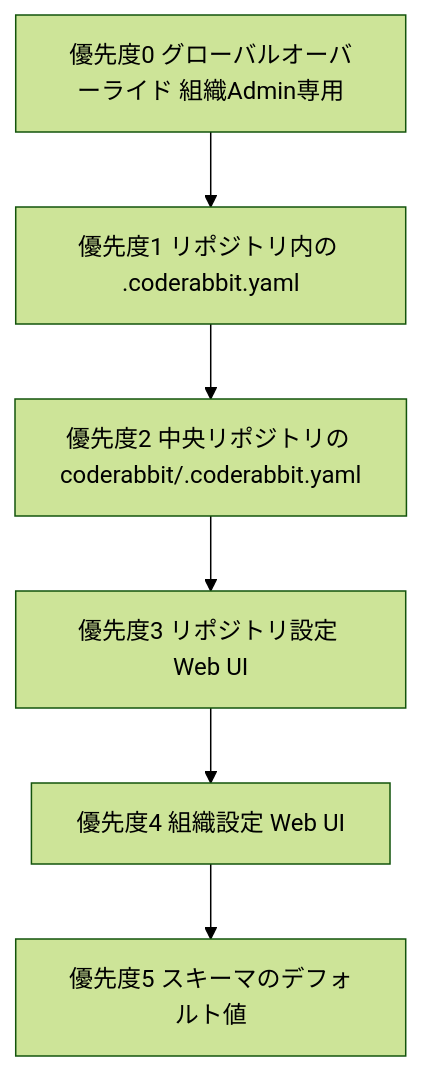
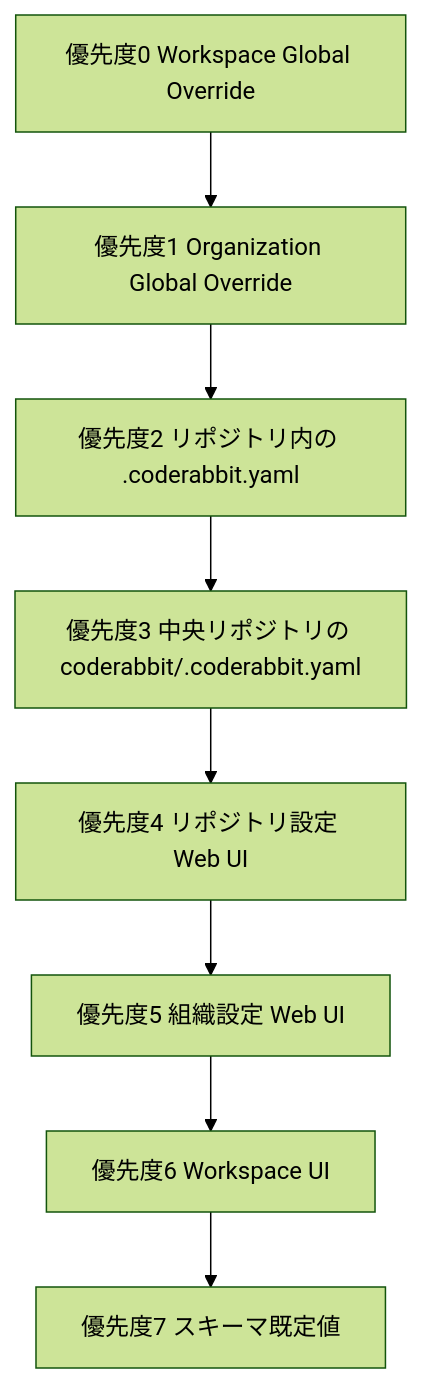
Before and after one commit to myoshi2891/Comparison-of-LLMs: the second of 10 diagrams in archive/md/code-review/Coderabbit-best-practices.md, drawn with Mermaid (forest theme). The commit also changed other lines of this file, not shown here.

Commit message:
docs(coderabbit): update config priority flow, custom recipes limit, and code guidelines patterns

````diff
--- a/archive/md/code-review/Coderabbit-best-practices.md
+++ b/archive/md/code-review/Coderabbit-best-practices.md
@@ -122,8 +126,10 @@
 ```mermaid
 flowchart TB
-    P0["優先度0 グローバルオーバーライド 組織Admin専用"] --> P1["優先度1 リポジトリ内の .coderabbit.yaml"]
-    P1 --> P2["優先度2 中央リポジトリの coderabbit/.coderabbit.yaml"]
-    P2 --> P3["優先度3 リポジトリ設定 Web UI"]
-    P3 --> P4["優先度4 組織設定 Web UI"]
-    P4 --> P5["優先度5 スキーマのデフォルト値"]
+    P0["優先度0 Workspace Global Override"] --> P1["優先度1 Organization Global Override"]
+    P1 --> P2["優先度2 リポジトリ内の .coderabbit.yaml"]
+    P2 --> P3["優先度3 中央リポジトリの coderabbit/.coderabbit.yaml"]
+    P3 --> P4["優先度4 リポジトリ設定 Web UI"]
+    P4 --> P5["優先度5 組織設定 Web UI"]
+    P5 --> P6["優先度6 Workspace UI"]
+    P6 --> P7["優先度7 スキーマ既定値"]
 ```
````
